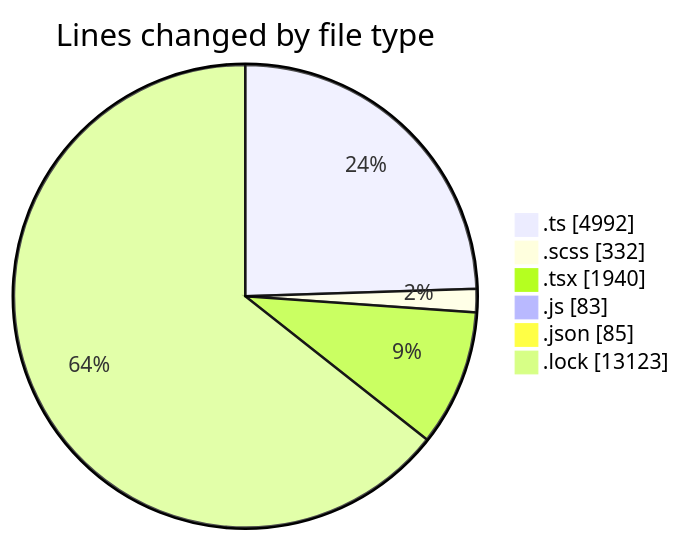
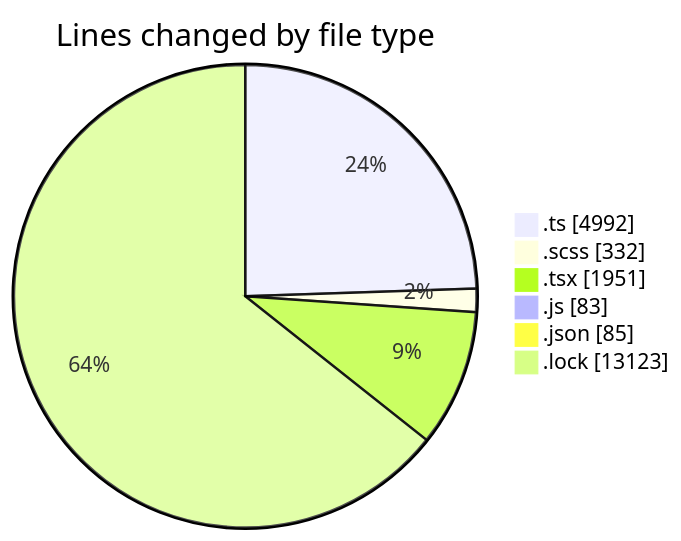
One commit to momahboobian/code-tracking changed the first of 2 diagrams in 2025-09-12/cda/README.md. Above: the diagram before and after it, drawn with Mermaid. The commit also changed other lines of this file and 1 other file, not shown here.

````diff
--- a/2025-09-12/cda/README.md
+++ b/2025-09-12/cda/README.md
@@ -34,10 +34,10 @@
 ```mermaid
 pie showData
 title Lines changed by file type
 ".ts" : 4992
 ".scss" : 332
-".tsx" : 1940
+".tsx" : 1951
 ".js" : 83
 ".json" : 85
 ".lock" : 13123
 ```
````
